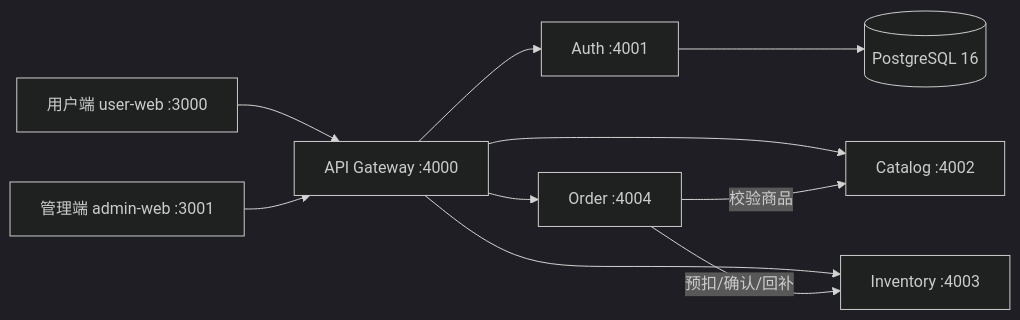
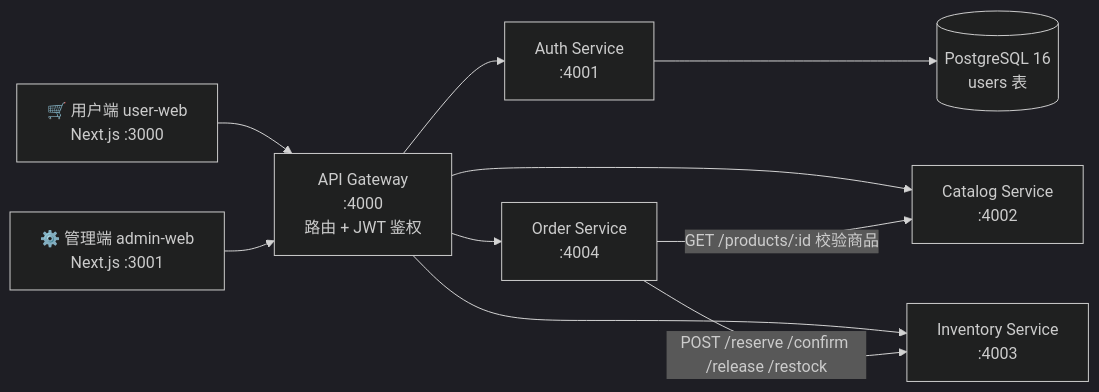
One commit to CHEN1998-create/fresh-microservices changed the first of 3 diagrams in README.md. Above: the diagram before and after it, drawn with Mermaid (dark theme). The commit also changed other lines of this file, not shown here.

````diff
--- a/README.md
+++ b/README.md
@@ -28,12 +76,12 @@
 ```mermaid
 flowchart LR
-  USER["用户端 user-web :3000"] --> GW["API Gateway :4000"]
-  ADMIN["管理端 admin-web :3001"] --> GW
-  GW --> AUTH["Auth :4001"]
-  GW --> CATALOG["Catalog :4002"]
-  GW --> INVENTORY["Inventory :4003"]
-  GW --> ORDER["Order :4004"]
-  ORDER -->|校验商品| CATALOG
-  ORDER -->|预扣/确认/回补| INVENTORY
-  AUTH --> PG[("PostgreSQL 16")]
+  USER["🛒 用户端 user-web<br/>Next.js :3000"] --> GW["API Gateway<br/>:4000<br/>路由 + JWT 鉴权"]
+  ADMIN["⚙️ 管理端 admin-web<br/>Next.js :3001"] --> GW
+  GW --> AUTH["Auth Service<br/>:4001"]
+  GW --> CATALOG["Catalog Service<br/>:4002"]
+  GW --> INVENTORY["Inventory Service<br/>:4003"]
+  GW --> ORDER["Order Service<br/>:4004"]
+  ORDER -->|"GET /products/:id 校验商品"| CATALOG
+  ORDER -->|"POST /reserve /confirm /release /restock"| INVENTORY
+  AUTH --> PG[("PostgreSQL 16<br/>users 表")]
 ```
````
